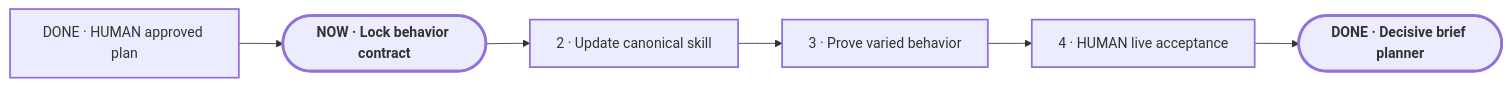
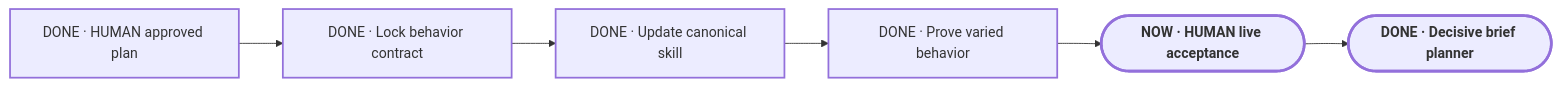
One commit to Pu11en/portable-planner changed the diagram in planning/PLAN-VIEW.md. Above: the diagram before and after it, drawn with Mermaid. The commit also changed other lines of this file and 33 other files, not shown here.

````diff
--- a/planning/PLAN-VIEW.md
+++ b/planning/PLAN-VIEW.md
@@ -13,18 +13,18 @@
 ```mermaid
 flowchart LR
     H["DONE · HUMAN approved plan"]
-    E1(["NOW · Lock behavior contract"])
-    E2["2 · Update canonical skill"]
-    E3["3 · Prove varied behavior"]
-    E4["4 · HUMAN live acceptance"]
+    E1["DONE · Lock behavior contract"]
+    E2["DONE · Update canonical skill"]
+    E3["DONE · Prove varied behavior"]
+    E4(["NOW · HUMAN live acceptance"])
     D(["DONE · Decisive brief planner"])
     H --> E1 --> E2 --> E3 --> E4 --> D
 
     classDef current stroke-width:3px,font-weight:700;
     classDef milestone stroke-width:2px;
     classDef proof stroke-width:3px,font-weight:700;
 
-    class E1 current;
-    class H,E2,E3,E4 milestone;
+    class E4 current;
+    class H,E1,E2,E3 milestone;
     class D proof;
 ```
````
